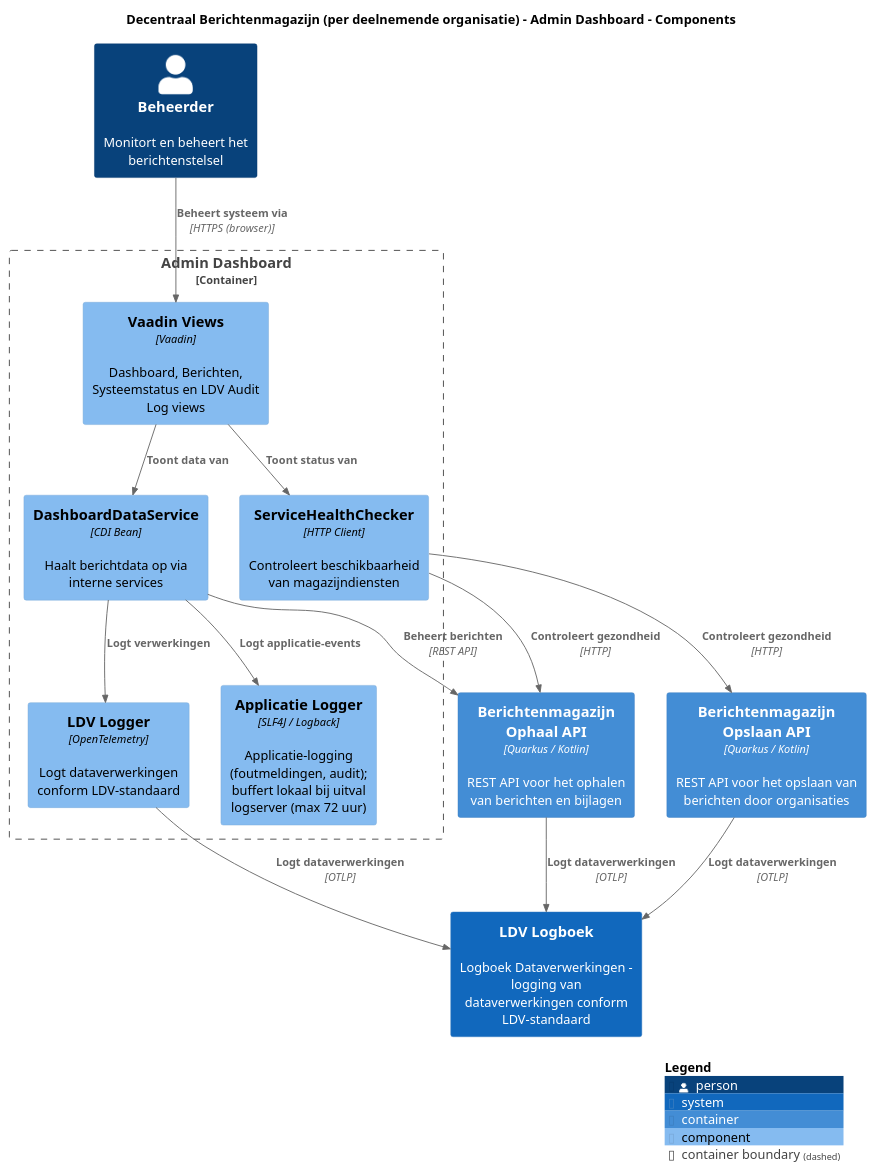
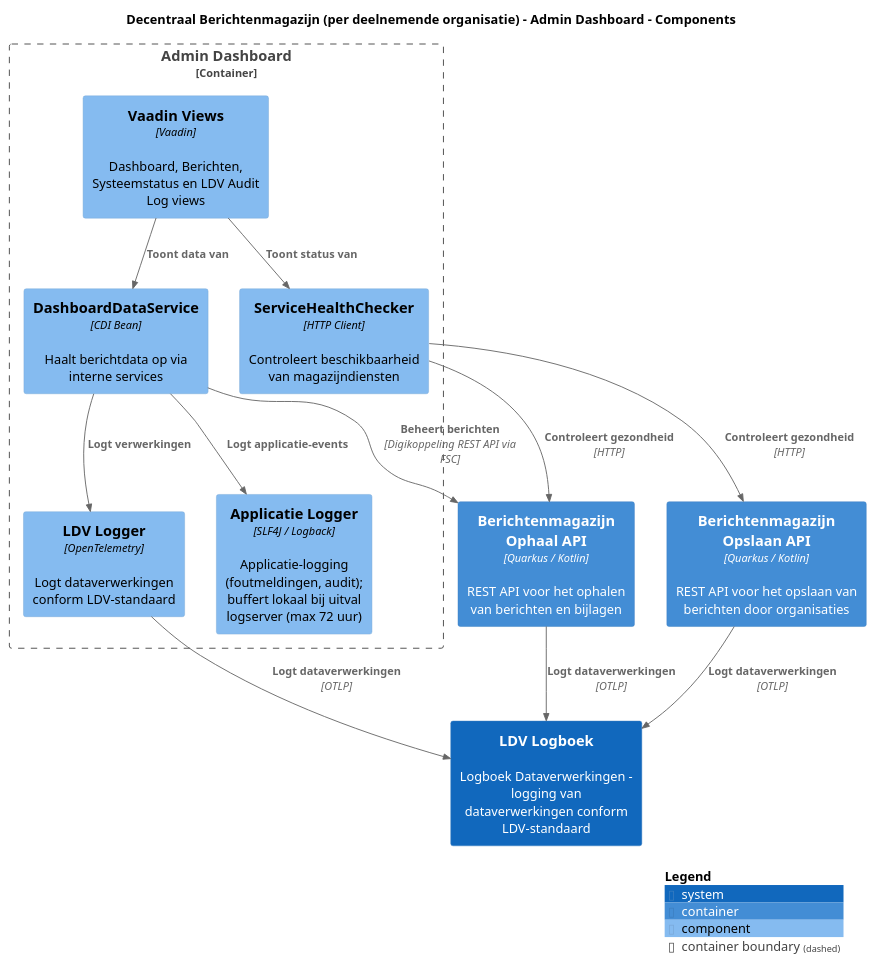
One commit to MinBZK/moza-poc-fbs-berichtenbox changed the diagram in pr-preview/pr-16/master/puml/AdminDashboardComponenten.puml. Above: the diagram before and after it, drawn with PlantUML. The commit also changed 48 other files, not shown here.

```diff
--- a/pr-preview/pr-16/master/puml/AdminDashboardComponenten.puml
+++ b/pr-preview/pr-16/master/puml/AdminDashboardComponenten.puml
@@ -1,38 +1,36 @@
 @startuml
 set separator none
 title Decentraal Berichtenmagazijn (per deelnemende organisatie) - Admin Dashboard - Components
 
 top to bottom direction
 
 !include <C4/C4>
 !include <C4/C4_Context>
 !include <C4/C4_Container>
 !include <C4/C4_Component>
 
-Person(Beheerder, "Beheerder", $descr="Monitort en beheert het berichtenstelsel", $tags="", $link="")
 Container(DecentraalBerichtenmagazijnperdeelnemendeorganisatie.BerichtenmagazijnOphaalAPI, "Berichtenmagazijn Ophaal API", $techn="Quarkus / Kotlin", $descr="REST API voor het ophalen van berichten en bijlagen", $tags="", $link="")
 Container(DecentraalBerichtenmagazijnperdeelnemendeorganisatie.BerichtenmagazijnOpslaanAPI, "Berichtenmagazijn Opslaan API", $techn="Quarkus / Kotlin", $descr="REST API voor het opslaan van berichten door organisaties", $tags="", $link="")
 System(LDVLogboek, "LDV Logboek", $descr="Logboek Dataverwerkingen - logging van dataverwerkingen conform LDV-standaard", $tags="", $link="")
 
 Container_Boundary("DecentraalBerichtenmagazijnperdeelnemendeorganisatie.AdminDashboard_boundary", "Admin Dashboard", $tags="") {
   Component(DecentraalBerichtenmagazijnperdeelnemendeorganisatie.AdminDashboard.VaadinViews, "Vaadin Views", $techn="Vaadin", $descr="Dashboard, Berichten, Systeemstatus en LDV Audit Log views", $tags="", $link="")
   Component(DecentraalBerichtenmagazijnperdeelnemendeorganisatie.AdminDashboard.DashboardDataService, "DashboardDataService", $techn="CDI Bean", $descr="Haalt berichtdata op via interne services", $tags="", $link="")
   Component(DecentraalBerichtenmagazijnperdeelnemendeorganisatie.AdminDashboard.ServiceHealthChecker, "ServiceHealthChecker", $techn="HTTP Client", $descr="Controleert beschikbaarheid van magazijndiensten", $tags="", $link="")
   Component(DecentraalBerichtenmagazijnperdeelnemendeorganisatie.AdminDashboard.LDVLogger, "LDV Logger", $techn="OpenTelemetry", $descr="Logt dataverwerkingen conform LDV-standaard", $tags="", $link="")
   Component(DecentraalBerichtenmagazijnperdeelnemendeorganisatie.AdminDashboard.ApplicatieLogger, "Applicatie Logger", $techn="SLF4J / Logback", $descr="Applicatie-logging (foutmeldingen, audit); buffert lokaal bij uitval logserver (max 72 uur)", $tags="", $link="")
 }
 
 Rel(DecentraalBerichtenmagazijnperdeelnemendeorganisatie.BerichtenmagazijnOphaalAPI, LDVLogboek, "Logt dataverwerkingen", $techn="OTLP", $tags="", $link="")
 Rel(DecentraalBerichtenmagazijnperdeelnemendeorganisatie.BerichtenmagazijnOpslaanAPI, LDVLogboek, "Logt dataverwerkingen", $techn="OTLP", $tags="", $link="")
 Rel(DecentraalBerichtenmagazijnperdeelnemendeorganisatie.AdminDashboard.LDVLogger, LDVLogboek, "Logt dataverwerkingen", $techn="OTLP", $tags="", $link="")
 Rel(DecentraalBerichtenmagazijnperdeelnemendeorganisatie.AdminDashboard.VaadinViews, DecentraalBerichtenmagazijnperdeelnemendeorganisatie.AdminDashboard.DashboardDataService, "Toont data van", $techn="", $tags="", $link="")
 Rel(DecentraalBerichtenmagazijnperdeelnemendeorganisatie.AdminDashboard.VaadinViews, DecentraalBerichtenmagazijnperdeelnemendeorganisatie.AdminDashboard.ServiceHealthChecker, "Toont status van", $techn="", $tags="", $link="")
 Rel(DecentraalBerichtenmagazijnperdeelnemendeorganisatie.AdminDashboard.DashboardDataService, DecentraalBerichtenmagazijnperdeelnemendeorganisatie.AdminDashboard.LDVLogger, "Logt verwerkingen", $techn="", $tags="", $link="")
 Rel(DecentraalBerichtenmagazijnperdeelnemendeorganisatie.AdminDashboard.DashboardDataService, DecentraalBerichtenmagazijnperdeelnemendeorganisatie.AdminDashboard.ApplicatieLogger, "Logt applicatie-events", $techn="", $tags="", $link="")
-Rel(DecentraalBerichtenmagazijnperdeelnemendeorganisatie.AdminDashboard.DashboardDataService, DecentraalBerichtenmagazijnperdeelnemendeorganisatie.BerichtenmagazijnOphaalAPI, "Beheert berichten", $techn="REST API", $tags="", $link="")
+Rel(DecentraalBerichtenmagazijnperdeelnemendeorganisatie.AdminDashboard.DashboardDataService, DecentraalBerichtenmagazijnperdeelnemendeorganisatie.BerichtenmagazijnOphaalAPI, "Beheert berichten", $techn="Digikoppeling REST API via FSC", $tags="", $link="")
 Rel(DecentraalBerichtenmagazijnperdeelnemendeorganisatie.AdminDashboard.ServiceHealthChecker, DecentraalBerichtenmagazijnperdeelnemendeorganisatie.BerichtenmagazijnOphaalAPI, "Controleert gezondheid", $techn="HTTP", $tags="", $link="")
 Rel(DecentraalBerichtenmagazijnperdeelnemendeorganisatie.AdminDashboard.ServiceHealthChecker, DecentraalBerichtenmagazijnperdeelnemendeorganisatie.BerichtenmagazijnOpslaanAPI, "Controleert gezondheid", $techn="HTTP", $tags="", $link="")
-Rel(Beheerder, DecentraalBerichtenmagazijnperdeelnemendeorganisatie.AdminDashboard.VaadinViews, "Beheert systeem via", $techn="HTTPS (browser)", $tags="", $link="")
 
 SHOW_LEGEND(true)
 @enduml
```
